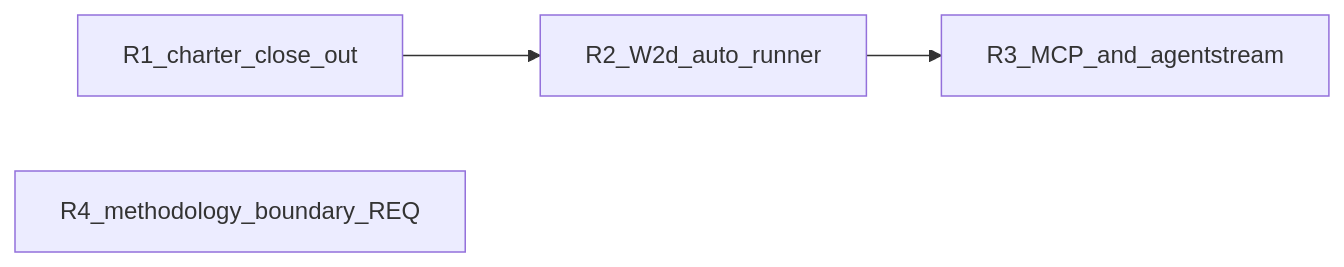
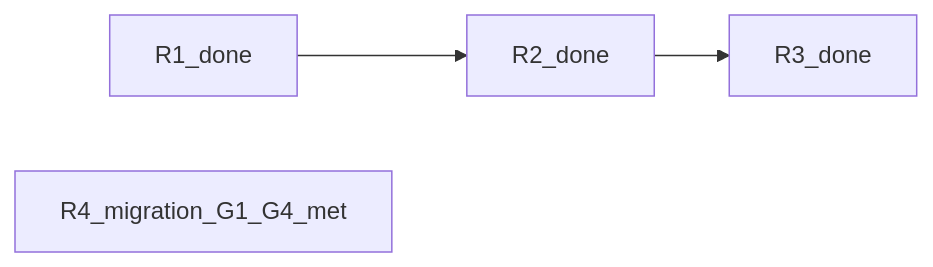
One commit to fareedst/tied changed the diagram in working/REQ-TIED_DAE_INCORPORATION/RESIDUAL-PLAN.md. Above: the diagram before and after it, drawn with Mermaid. The commit also changed other lines of this file and 35 other files, not shown here.

First line of the commit message:
Close out methodology client boundary program (R4).

````diff
--- a/working/REQ-TIED_DAE_INCORPORATION/RESIDUAL-PLAN.md
+++ b/working/REQ-TIED_DAE_INCORPORATION/RESIDUAL-PLAN.md
@@ -78,10 +86,9 @@
 ```mermaid
 flowchart LR
-  R1[R1_charter_close_out]
-  R2[R2_W2d_auto_runner]
-  R3[R3_MCP_and_agentstream]
-  R4[R4_methodology_boundary_REQ]
-  R1 --> R2
-  R2 --> R3
+  R1[R1_done]
+  R2[R2_done]
+  R3[R3_done]
+  R4[R4_migration_G1_G4_met]
+  R1 --> R2 --> R3
   R4
 ```
````
